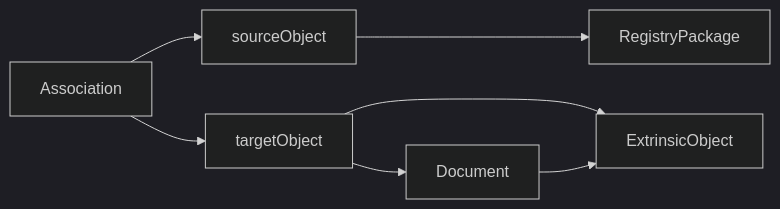
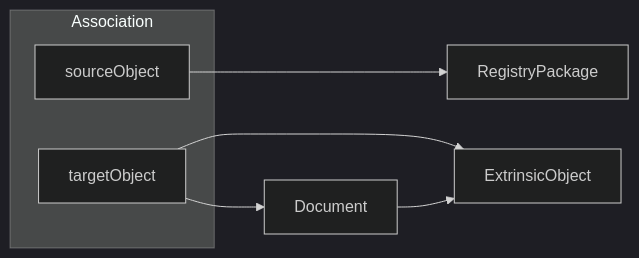
One commit to timmo-nhn/XcaDocumentSource changed the second of 2 diagrams in Docs/XdsAndSoap.md. Above: the diagram before and after it, drawn with Mermaid. The commit also changed 33 other files, not shown here.

````diff
--- a/Docs/XdsAndSoap.md
+++ b/Docs/XdsAndSoap.md
@@ -356,16 +356,19 @@
 ```mermaid
 %%{init: {'theme':'dark'}}%%
 
 graph LR
     ex[ExtrinsicObject]
-    as[Association]
+    
+    subgraph "Association"
+        so[sourceObject]
+        to[targetObject]
+    end
+    
     re[RegistryPackage]
     do[Document]
-    so[sourceObject]
-    to[targetObject]
 
-    as-->so--->re
-    as-->to-->ex
+    so--->re
+    to-->ex
     to-->do
     do-->ex
 ```
````
